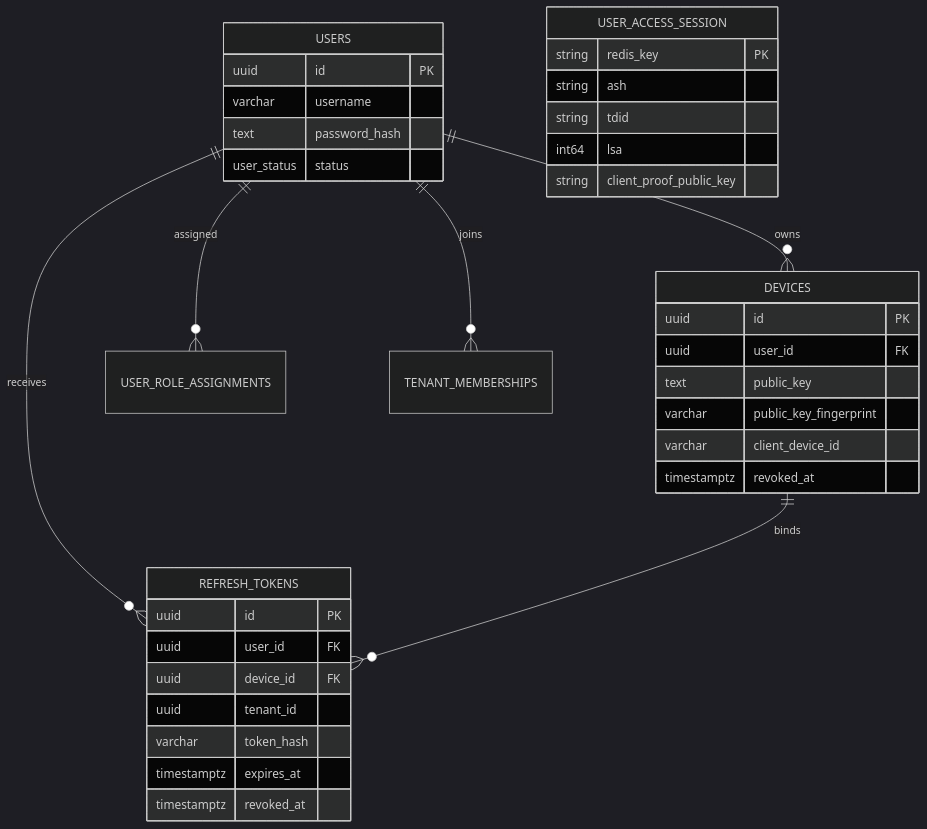
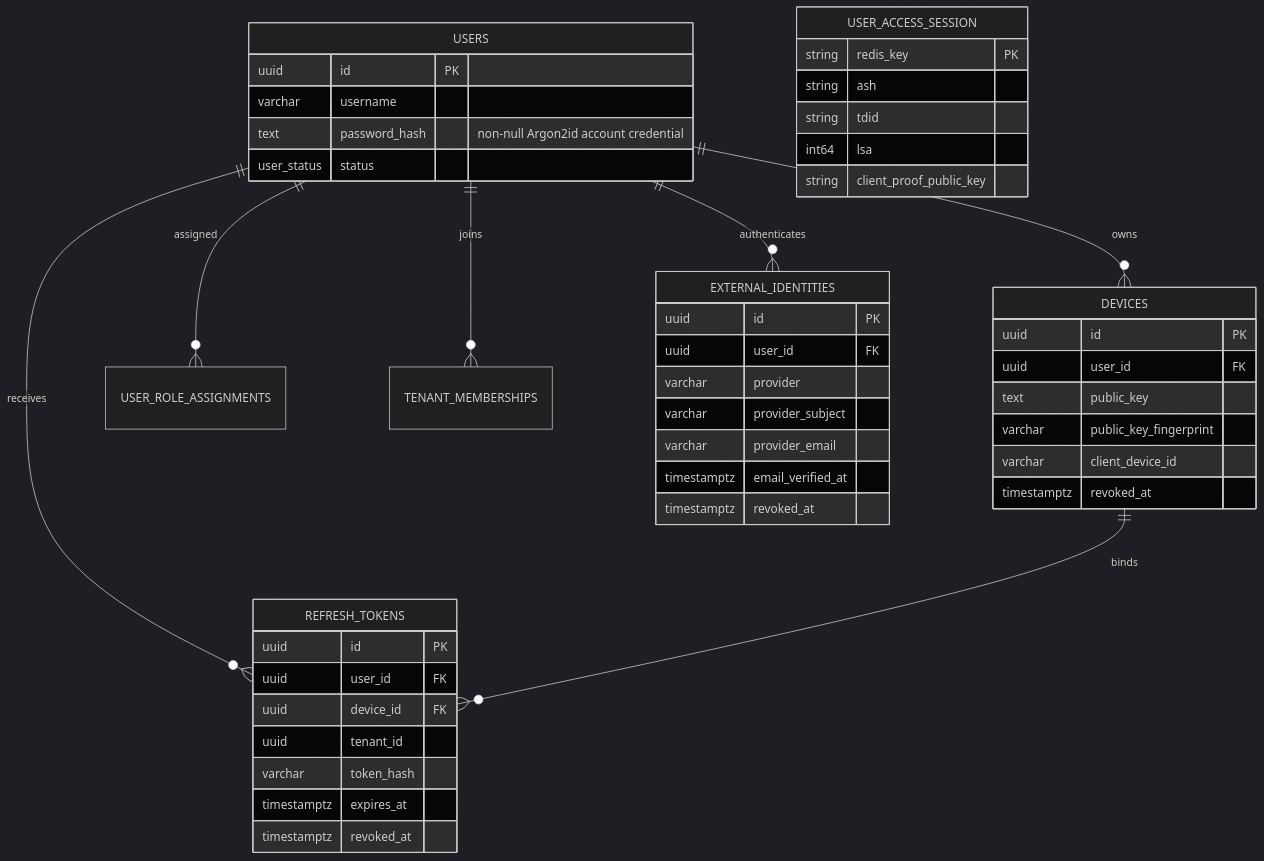
The third of 3 diagrams in god_view/iam/user_login_god_view_workflow.md (phucle996/aurora), drawn with Mermaid (dark theme) before and after one commit. The commit also changed other lines of this file and 52 other files, not shown here.

Commit message:
feat: implement user authentication methods retrieval and external identity verification service

````diff
--- a/god_view/iam/user_login_god_view_workflow.md
+++ b/god_view/iam/user_login_god_view_workflow.md
@@ -343,39 +398,49 @@
 ```mermaid
 erDiagram
     USERS ||--o{ DEVICES : owns
     USERS ||--o{ REFRESH_TOKENS : receives
     DEVICES ||--o{ REFRESH_TOKENS : binds
     USERS ||--o{ USER_ROLE_ASSIGNMENTS : assigned
     USERS ||--o{ TENANT_MEMBERSHIPS : joins
+    USERS ||--o{ EXTERNAL_IDENTITIES : authenticates
 
     USERS {
       uuid id PK
       varchar username
-      text password_hash
+      text password_hash "non-null Argon2id account credential"
       user_status status
+    }
+    EXTERNAL_IDENTITIES {
+      uuid id PK
+      uuid user_id FK
+      varchar provider
+      varchar provider_subject
+      varchar provider_email
+      timestamptz email_verified_at
+      timestamptz revoked_at
     }
     DEVICES {
       uuid id PK
       uuid user_id FK
       text public_key
       varchar public_key_fingerprint
       varchar client_device_id
       timestamptz revoked_at
     }
     REFRESH_TOKENS {
       uuid id PK
       uuid user_id FK
       uuid device_id FK
       uuid tenant_id
       varchar token_hash
       timestamptz expires_at
       timestamptz revoked_at
     }
     USER_ACCESS_SESSION {
       string redis_key PK
       string ash
       string tdid
       int64 lsa
       string client_proof_public_key
     }
 ```
````
